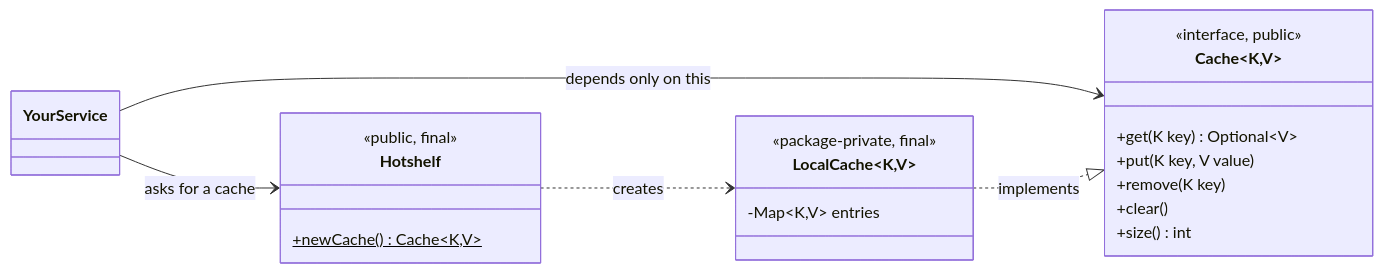
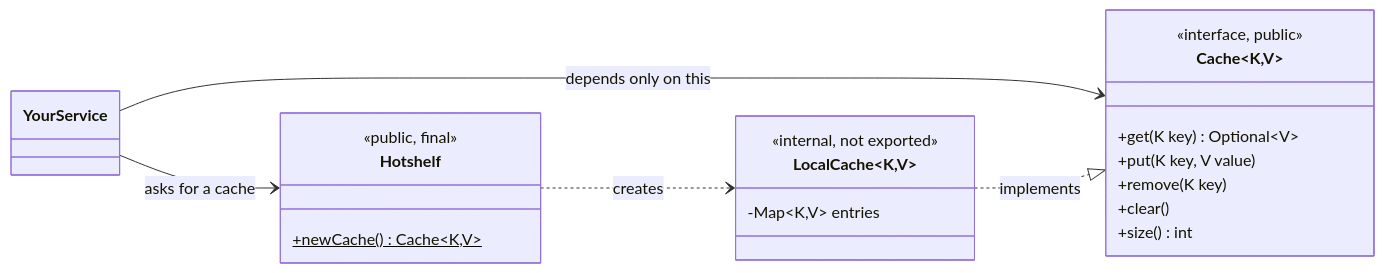
Before and after one commit to sayanth-ranjith/hotshelf: the first of 3 diagrams in docs/iterations/01-cache-contract.md, drawn with Mermaid. The commit also changed other lines of this file and 9 other files, not shown here.

````diff
--- a/docs/iterations/01-cache-contract.md
+++ b/docs/iterations/01-cache-contract.md
@@ -45,25 +57,25 @@
 ```mermaid
 classDiagram
     direction LR
     class Cache~K,V~ {
         <<interface, public>>
         +get(K key) Optional~V~
         +put(K key, V value)
         +remove(K key)
         +clear()
         +size() int
     }
     class Hotshelf {
         <<public, final>>
         +newCache()$ Cache~K,V~
     }
     class LocalCache~K,V~ {
-        <<package-private, final>>
+        <<internal, not exported>>
         -Map~K,V~ entries
     }
     class YourService
     YourService --> Hotshelf : asks for a cache
     YourService --> Cache : depends only on this
     Hotshelf ..> LocalCache : creates
     LocalCache ..|> Cache : implements
 ```
````
